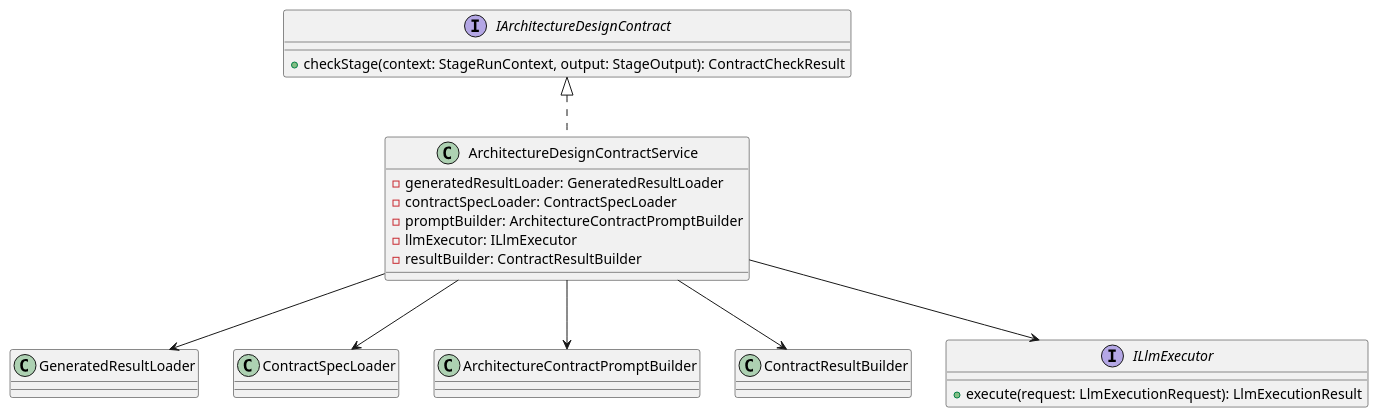
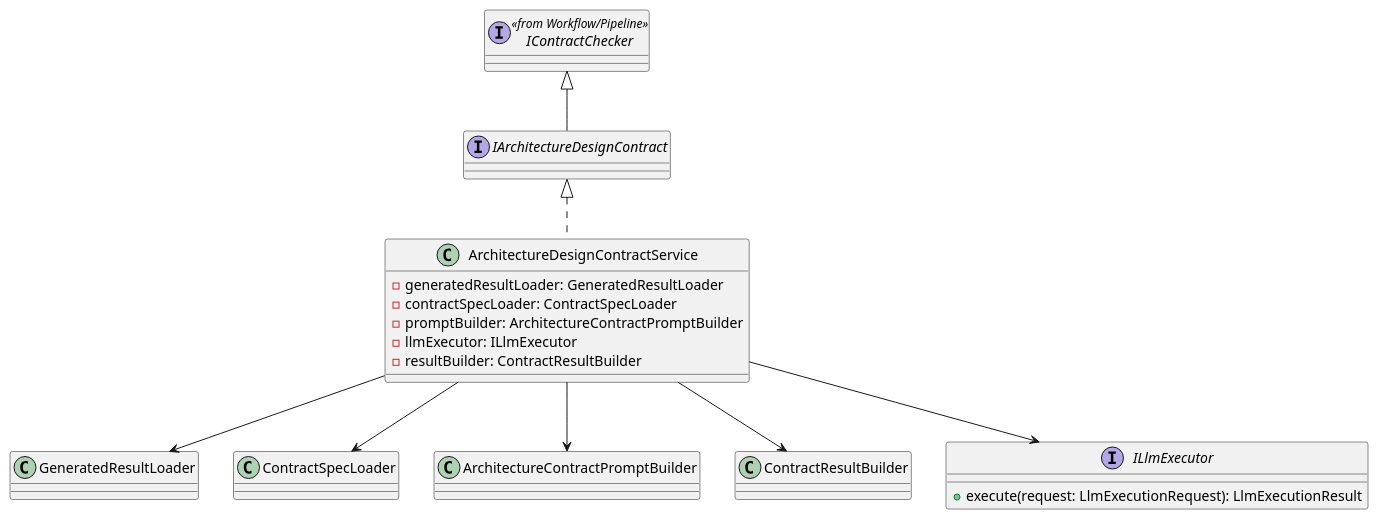
The first of 2 diagrams in meta_layer/docs/design_docs/Contract/ArchitectureDesignContract.md (lucky-chen/ai_workflow_travel), drawn with PlantUML before and after one commit. The commit also changed other lines of this file and 18 other files, not shown here.

````diff
--- a/meta_layer/docs/design_docs/Contract/ArchitectureDesignContract.md
+++ b/meta_layer/docs/design_docs/Contract/ArchitectureDesignContract.md
@@ -39,31 +39,31 @@
 ```plantuml
 @startuml
-interface IArchitectureDesignContract {
-  +checkStage(context: StageRunContext, output: StageOutput): ContractCheckResult
-}
+interface IArchitectureDesignContract {}
 
 class ArchitectureDesignContractService {
   -generatedResultLoader: GeneratedResultLoader
   -contractSpecLoader: ContractSpecLoader
   -promptBuilder: ArchitectureContractPromptBuilder
   -llmExecutor: ILlmExecutor
   -resultBuilder: ContractResultBuilder
 }
 
 class GeneratedResultLoader
 class ContractSpecLoader
 class ArchitectureContractPromptBuilder
 class ContractResultBuilder
 
 interface ILlmExecutor {
   +execute(request: LlmExecutionRequest): LlmExecutionResult
 }
 
+interface IContractChecker <<from Workflow/Pipeline>>
+IContractChecker <|-- IArchitectureDesignContract
 IArchitectureDesignContract <|.. ArchitectureDesignContractService
 ArchitectureDesignContractService --> GeneratedResultLoader
 ArchitectureDesignContractService --> ContractSpecLoader
 ArchitectureDesignContractService --> ArchitectureContractPromptBuilder
 ArchitectureDesignContractService --> ILlmExecutor
 ArchitectureDesignContractService --> ContractResultBuilder
 @enduml
 ```
````
